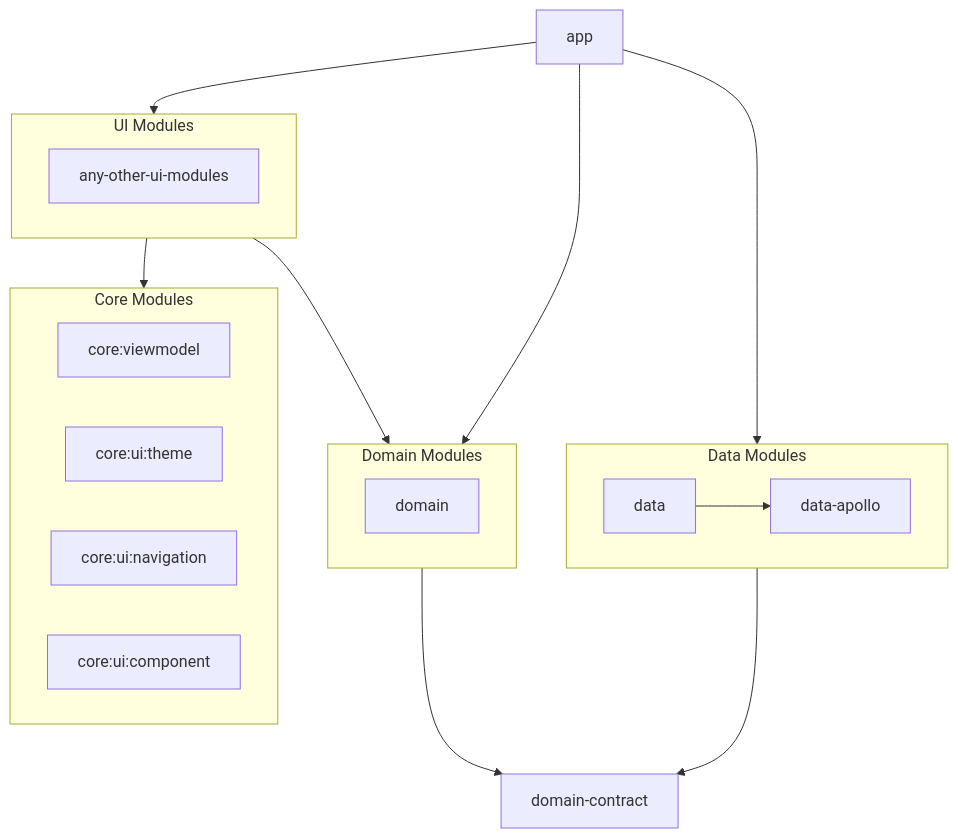
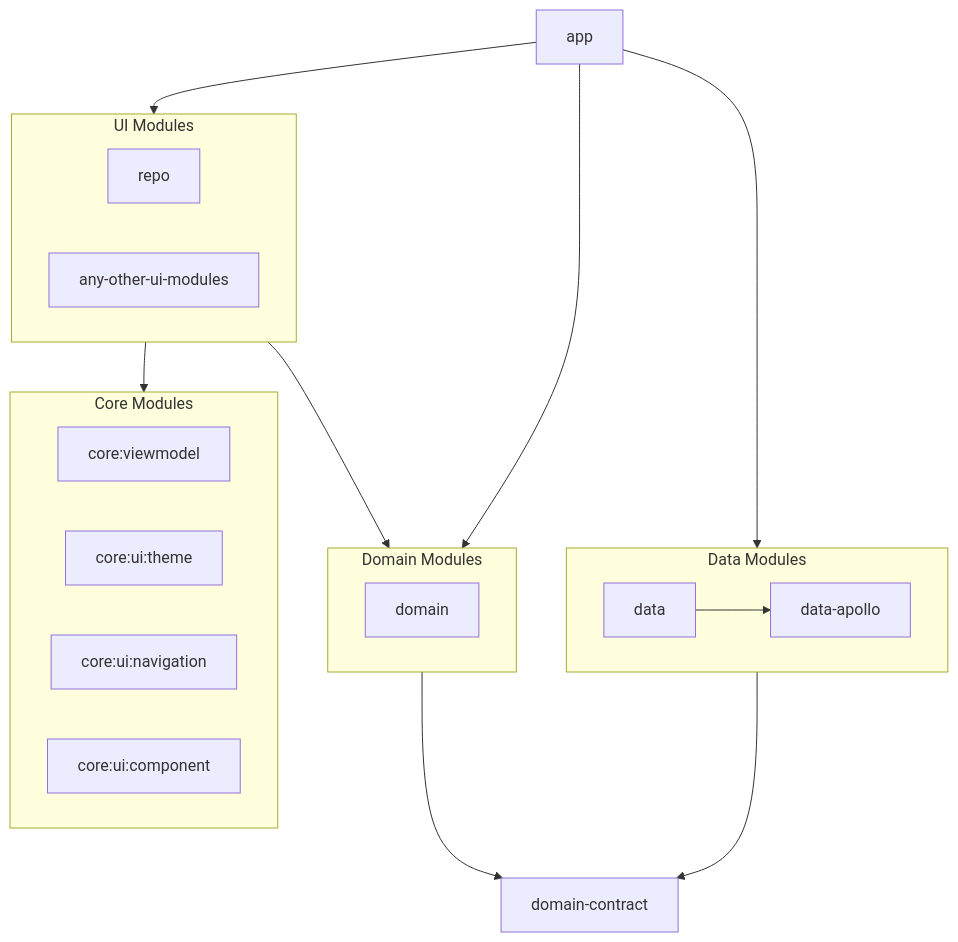
One commit to SebVay/Android-for-Github-Good-Practices changed the diagram in README.md. Above: the diagram before and after it, drawn with Mermaid. The commit also changed other lines of this file, not shown here.

````diff
--- a/README.md
+++ b/README.md
@@ -43,37 +43,37 @@
 ```mermaid
 graph TD
     subgraph DataModules["Data Modules"]
         data["data"]
         data-apollo["data-apollo"]
     end
 
     subgraph DomainModules["Domain Modules"]
         domain["domain"]
     end
 
     subgraph CoreModules["Core Modules"]
         core-viewmodel["core:viewmodel"]
         core-ui-theme["core:ui:theme"]
         core-ui-navigation["core:ui:navigation"]
         core-ui-component["core:ui:component"]
     end
 
     subgraph UIModules["UI Modules"]
         repo["repo"]
-        repo["any-other-ui-modules"]
+        any-other-ui-modules["any-other-ui-modules"]
     end
 
     app["app"]
     domain-contract["domain-contract"]
 %% Connections
     app --> UIModules
     app --> DomainModules
     app --> DataModules
 %% UI Modules connections
     UIModules --> CoreModules
     UIModules --> DomainModules
 %% Domain contract connections
     DomainModules --> domain-contract
     DataModules --> domain-contract
     data --> data-apollo
 ```
````
